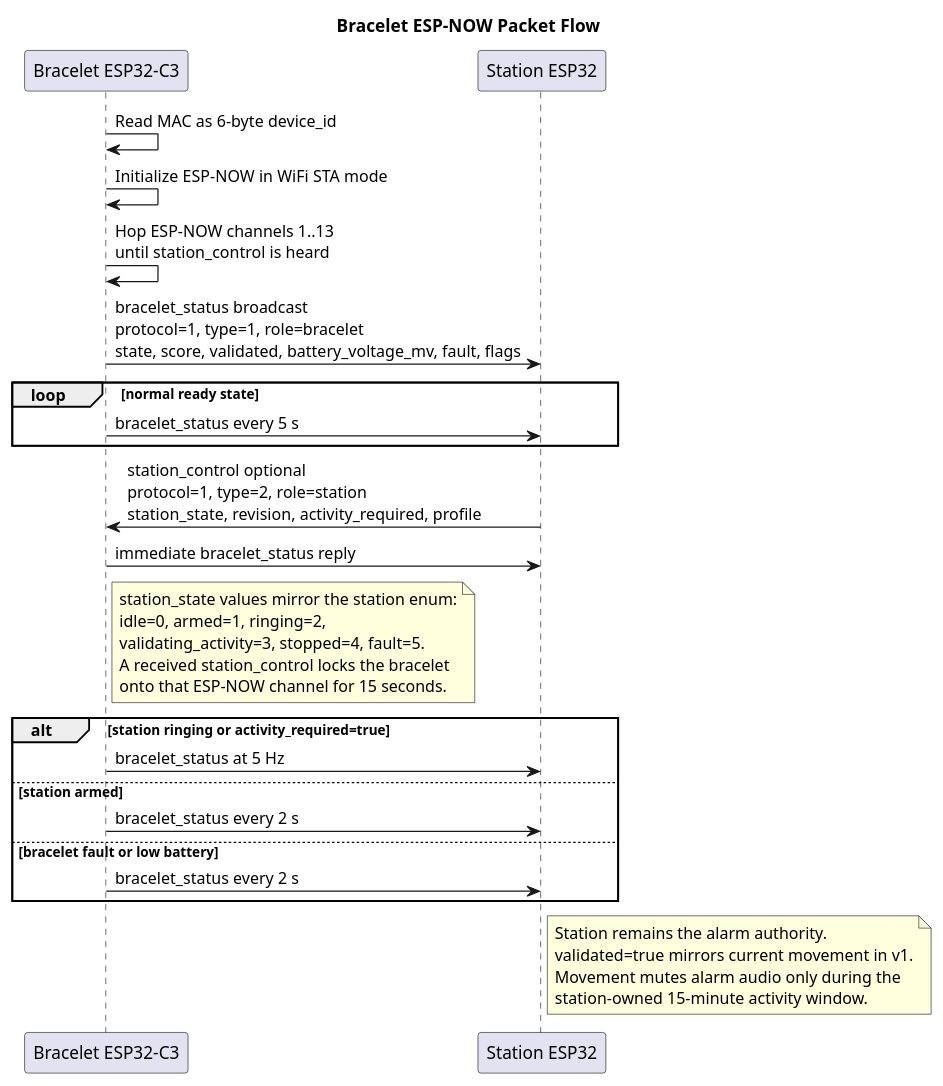
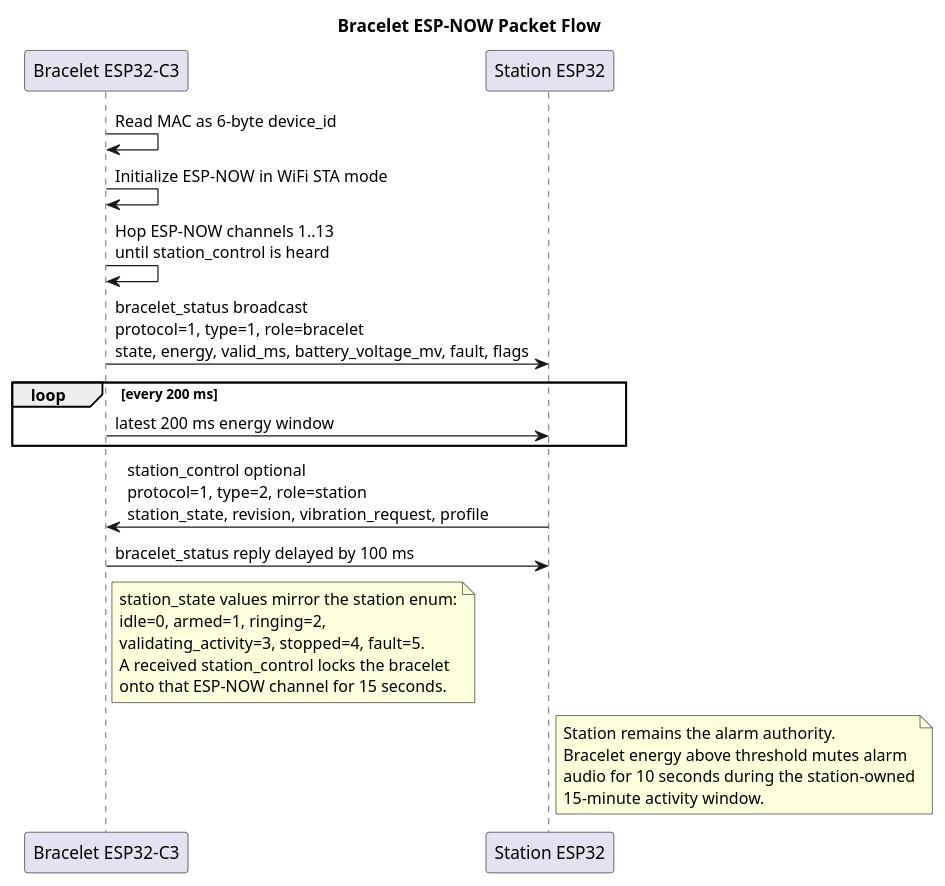
The diagram in code/bracelet/UML/esp_now_packet_flow.puml (Jzn-wbr/Starter), drawn with PlantUML before and after one commit. The commit also changed 23 other files, not shown here.

Commit message:
Improve alarm resilience and activity controls

```diff
--- a/code/bracelet/UML/esp_now_packet_flow.puml
+++ b/code/bracelet/UML/esp_now_packet_flow.puml
@@ -1,41 +1,33 @@
 @startuml
 title Bracelet ESP-NOW Packet Flow
 
 participant "Bracelet ESP32-C3" as Bracelet
 participant "Station ESP32" as Station
 
 Bracelet -> Bracelet : Read MAC as 6-byte device_id
 Bracelet -> Bracelet : Initialize ESP-NOW in WiFi STA mode
 Bracelet -> Bracelet : Hop ESP-NOW channels 1..13\nuntil station_control is heard
-Bracelet -> Station : bracelet_status broadcast\nprotocol=1, type=1, role=bracelet\nstate, score, validated, battery_voltage_mv, fault, flags
+Bracelet -> Station : bracelet_status broadcast\nprotocol=1, type=1, role=bracelet\nstate, energy, valid_ms, battery_voltage_mv, fault, flags
 
-loop normal ready state
-  Bracelet -> Station : bracelet_status every 5 s
+loop every 200 ms
+  Bracelet -> Station : latest 200 ms energy window
 end
 
-Station -> Bracelet : station_control optional\nprotocol=1, type=2, role=station\nstation_state, revision, activity_required, profile
-Bracelet -> Station : immediate bracelet_status reply
+Station -> Bracelet : station_control optional\nprotocol=1, type=2, role=station\nstation_state, revision, vibration_request, profile
+Bracelet -> Station : bracelet_status reply delayed by 100 ms
 note right of Bracelet
   station_state values mirror the station enum:
   idle=0, armed=1, ringing=2,
   validating_activity=3, stopped=4, fault=5.
   A received station_control locks the bracelet
   onto that ESP-NOW channel for 15 seconds.
 end note
 
-alt station ringing or activity_required=true
-  Bracelet -> Station : bracelet_status at 5 Hz
-else station armed
-  Bracelet -> Station : bracelet_status every 2 s
-else bracelet fault or low battery
-  Bracelet -> Station : bracelet_status every 2 s
-end
-
 note right of Station
 Station remains the alarm authority.
-validated=true mirrors current movement in v1.
-Movement mutes alarm audio only during the
-station-owned 15-minute activity window.
+Bracelet energy above threshold mutes alarm
+audio for 10 seconds during the station-owned
+15-minute activity window.
 end note
 
 @enduml
```
